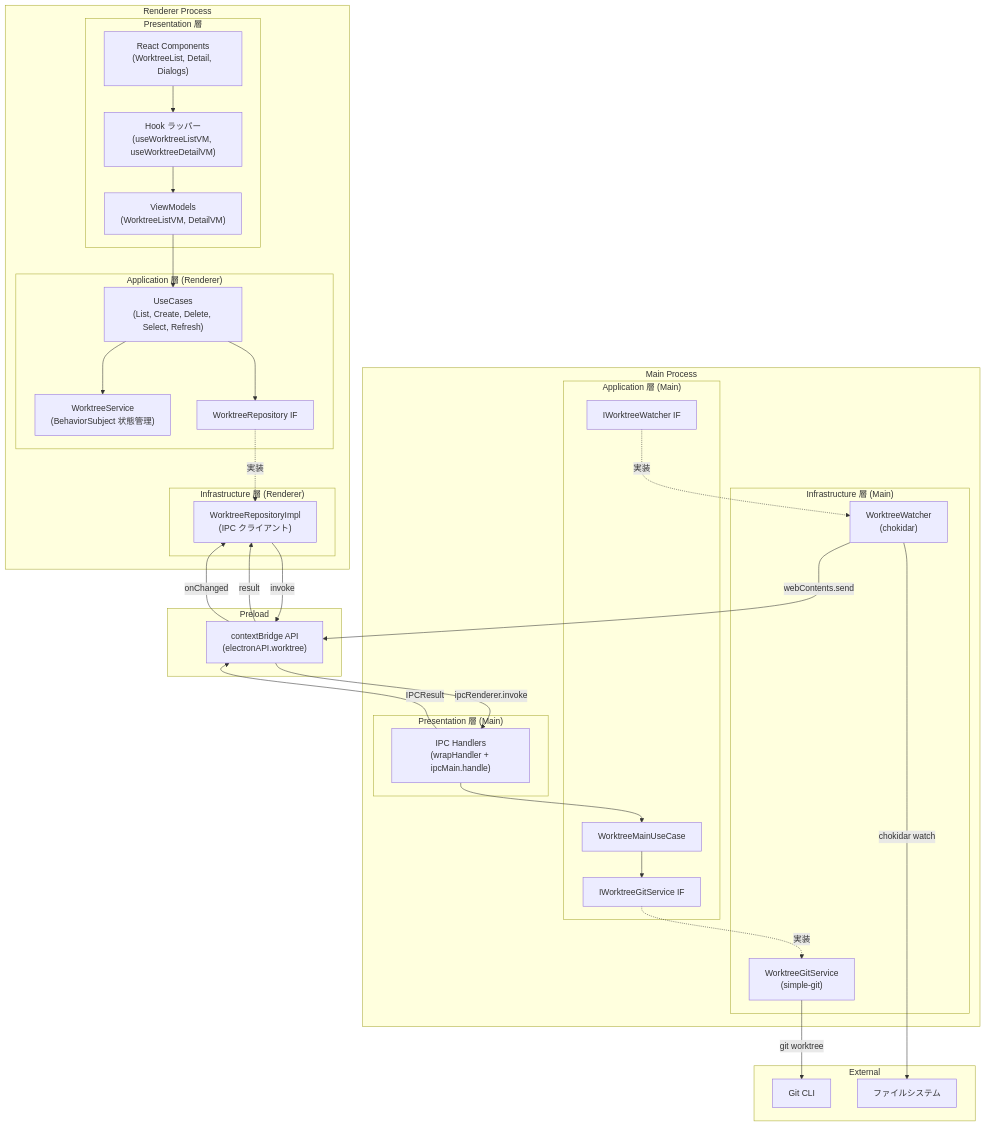
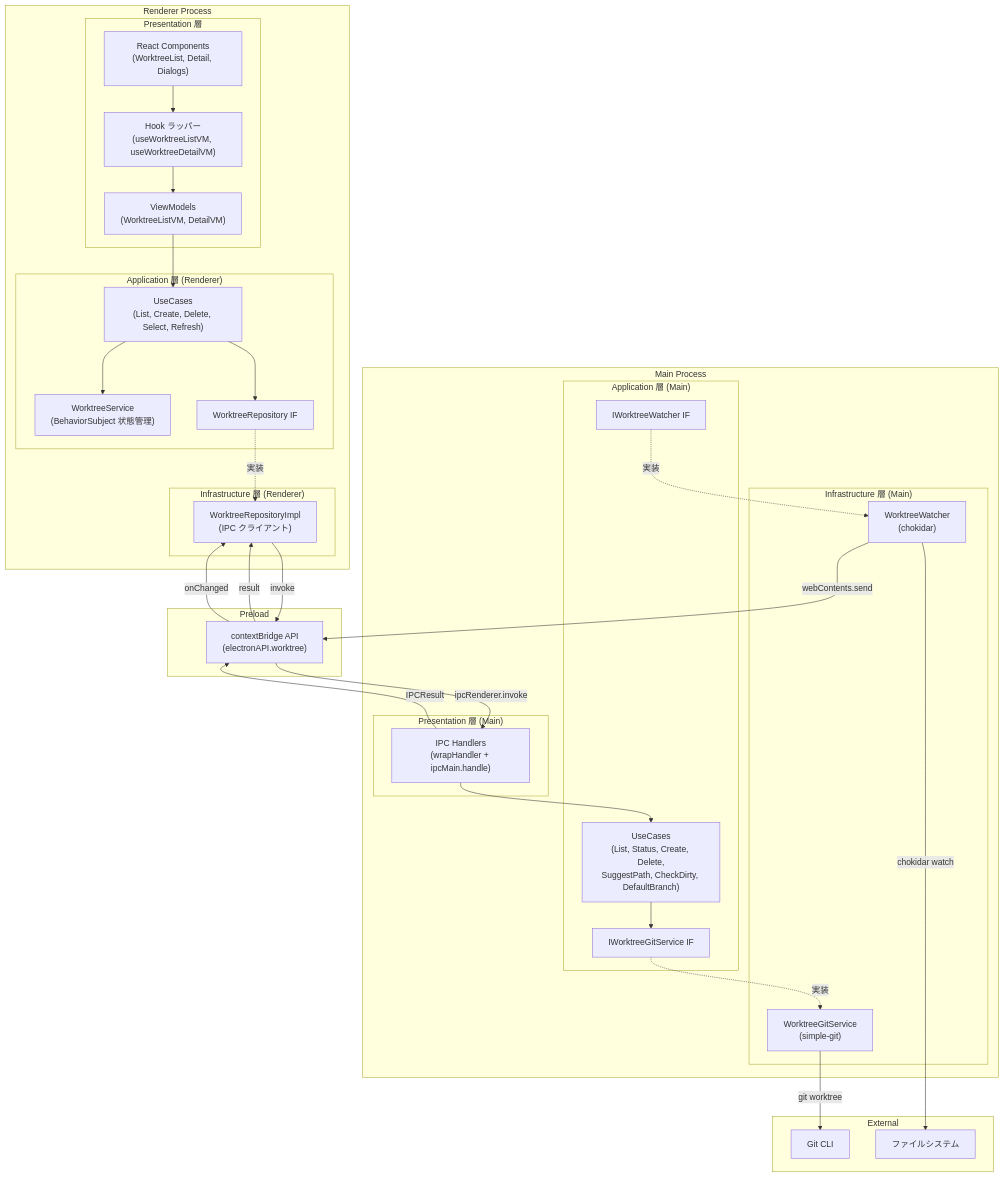
One commit to ToshikiImagawa/Buruma changed the first of 2 diagrams in .sdd/specification/worktree-management_design.md. Above: the diagram before and after it, drawn with Mermaid. The commit also changed other lines of this file and 14 other files, not shown here.

````diff
--- a/.sdd/specification/worktree-management_design.md
+++ b/.sdd/specification/worktree-management_design.md
@@ -89,61 +95,61 @@
 ```mermaid
 graph TD
     subgraph "Renderer Process"
         subgraph "Presentation 層"
             Components["React Components<br/>(WorktreeList, Detail, Dialogs)"]
             VMs["ViewModels<br/>(WorktreeListVM, DetailVM)"]
             Hooks["Hook ラッパー<br/>(useWorktreeListVM, useWorktreeDetailVM)"]
             Components --> Hooks
             Hooks --> VMs
         end
         subgraph "Application 層 (Renderer)"
             RUCs["UseCases<br/>(List, Create, Delete, Select, Refresh)"]
             RService["WorktreeService<br/>(BehaviorSubject 状態管理)"]
             RRepoIF["WorktreeRepository IF"]
             VMs --> RUCs
             RUCs --> RService
             RUCs --> RRepoIF
         end
         subgraph "Infrastructure 層 (Renderer)"
             RRepoImpl["WorktreeRepositoryImpl<br/>(IPC クライアント)"]
             RRepoIF -.->|"実装"| RRepoImpl
         end
     end
 
     subgraph "Preload"
         Bridge["contextBridge API<br/>(electronAPI.worktree)"]
     end
 
     subgraph "Main Process"
         subgraph "Presentation 層 (Main)"
             IPCHandlers["IPC Handlers<br/>(wrapHandler + ipcMain.handle)"]
         end
         subgraph "Application 層 (Main)"
-            MUC["WorktreeMainUseCase"]
+            MUC["UseCases<br/>(List, Status, Create, Delete,<br/>SuggestPath, CheckDirty, DefaultBranch)"]
             MGitIF["IWorktreeGitService IF"]
             MWatcherIF["IWorktreeWatcher IF"]
             IPCHandlers --> MUC
             MUC --> MGitIF
         end
         subgraph "Infrastructure 層 (Main)"
             MGitImpl["WorktreeGitService<br/>(simple-git)"]
             MWatcher["WorktreeWatcher<br/>(chokidar)"]
             MGitIF -.->|"実装"| MGitImpl
             MWatcherIF -.->|"実装"| MWatcher
         end
     end
 
     subgraph "External"
         Git[Git CLI]
         FS[ファイルシステム]
     end
 
     RRepoImpl -->|"invoke"| Bridge
     Bridge -->|"ipcRenderer.invoke"| IPCHandlers
     IPCHandlers -->|"IPCResult"| Bridge
     Bridge -->|"result"| RRepoImpl
     MWatcher -->|"webContents.send"| Bridge
     Bridge -->|"onChanged"| RRepoImpl
     MGitImpl -->|"git worktree"| Git
     MWatcher -->|"chokidar watch"| FS
 ```
````
